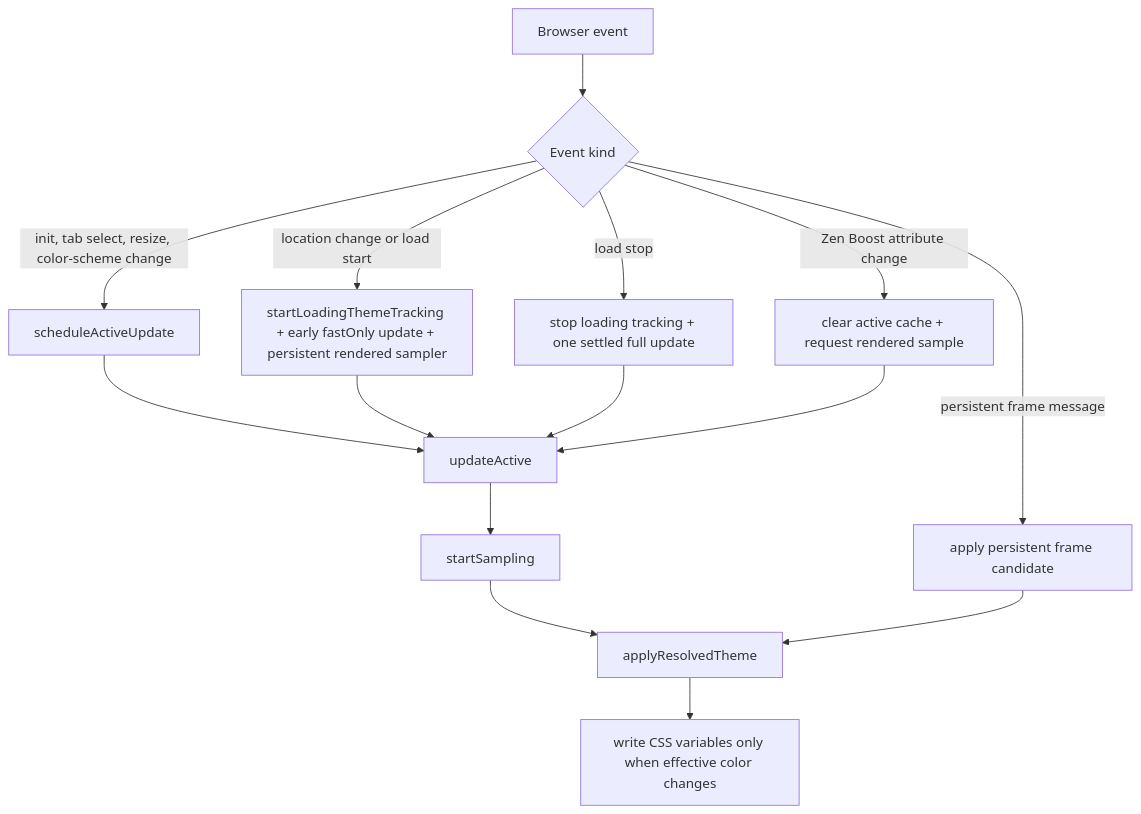
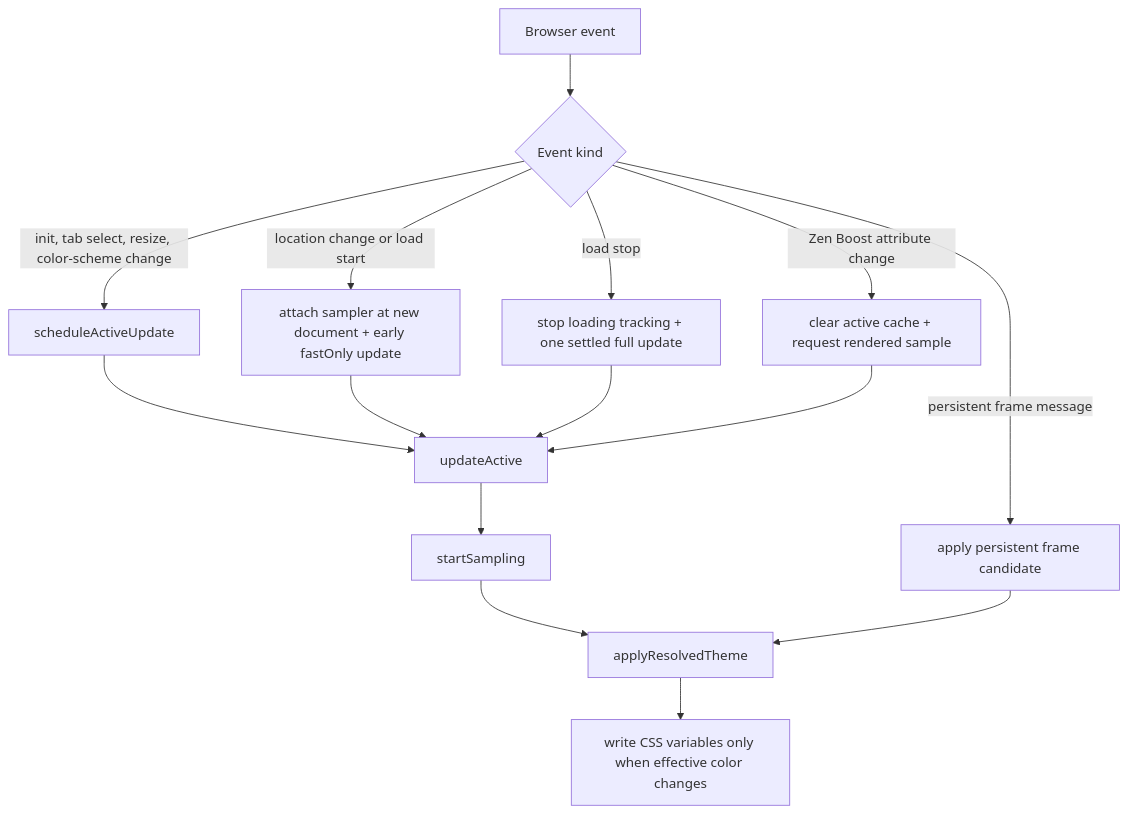
Before and after one commit to kkugot/blended-addressbar: the first of 3 diagrams in docs/color-architecture.md, drawn with Mermaid. The commit also changed other lines of this file and 5 other files, not shown here.

Commit message:
Attach color sampler after document commit

````diff
--- a/docs/color-architecture.md
+++ b/docs/color-architecture.md
@@ -26,20 +26,20 @@
 ```mermaid
 flowchart TD
   Event["Browser event"] --> Kind{"Event kind"}
 
   Kind -->|init, tab select, resize, color-scheme change| Schedule["scheduleActiveUpdate"]
-  Kind -->|location change or load start| Loading["startLoadingThemeTracking + early fastOnly update + persistent rendered sampler"]
+  Kind -->|location change or load start| Loading["attach sampler at new document + early fastOnly update"]
   Kind -->|load stop| Settled["stop loading tracking + one settled full update"]
   Kind -->|persistent frame message| Persistent["apply persistent frame candidate"]
   Kind -->|Zen Boost attribute change| Boost["clear active cache + request rendered sample"]
 
   Schedule --> Update["updateActive"]
   Loading --> Update
   Settled --> Update
   Boost --> Update
 
   Update --> Start["startSampling"]
   Start --> Resolve["applyResolvedTheme"]
   Persistent --> Resolve
   Resolve --> Commit["write CSS variables only when effective color changes"]
 ```
````
